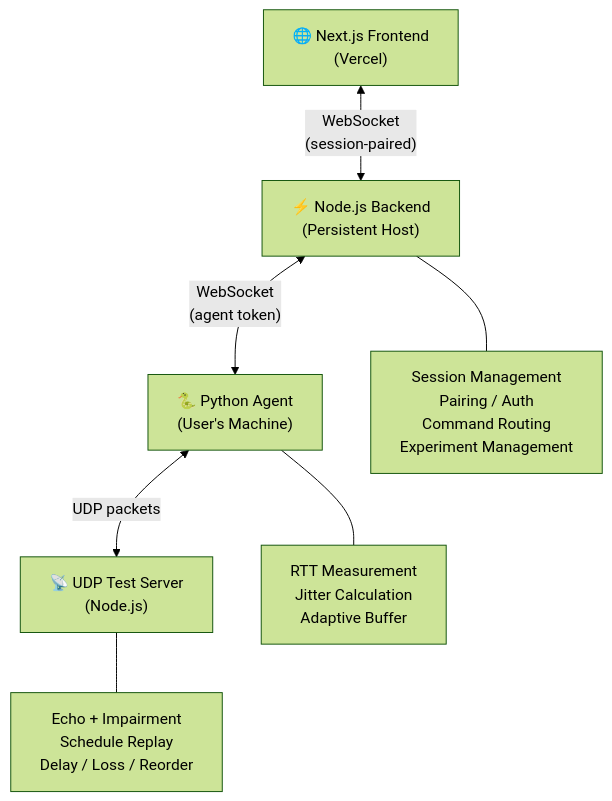
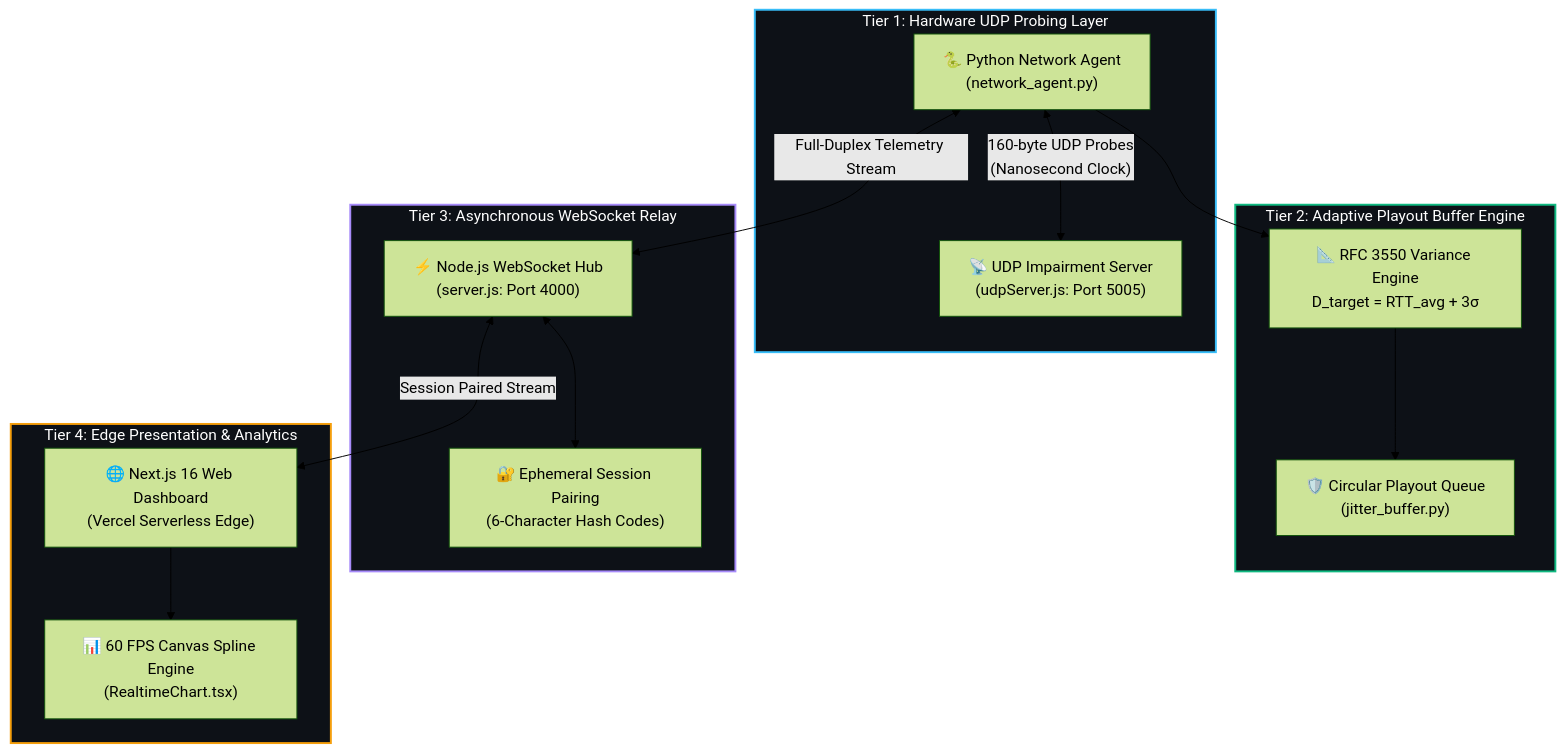
Before and after one commit to saileshl/CN-MINI-PROJ: the diagram in README.md, drawn with Mermaid (forest theme). The commit also changed other lines of this file, not shown here.

Commit message:
docs: update README with futuristic telemetry HUD, dynamic badges, and architecture showcase

````diff
--- a/README.md
+++ b/README.md
@@ -28,10 +98,30 @@
 ```mermaid
 graph TD
-    A["🌐 Next.js Frontend<br/>(Vercel)"] <-->|"WebSocket<br/>(session-paired)"| B["⚡ Node.js Backend<br/>(Persistent Host)"]
-    B <-->|"WebSocket<br/>(agent token)"| C["🐍 Python Agent<br/>(User's Machine)"]
-    C <-->|"UDP packets"| D["📡 UDP Test Server<br/>(Node.js)"]
+    subgraph TIER_1[" Tier 1: Hardware UDP Probing Layer "]
+        PA["🐍 Python Network Agent<br/>(network_agent.py)"] <-->|"160-byte UDP Probes<br/>(Nanosecond Clock)"| US["📡 UDP Impairment Server<br/>(udpServer.js: Port 5005)"]
+    end
 
-    B --- E["Session Management<br/>Pairing / Auth<br/>Command Routing<br/>Experiment Management"]
-    C --- F["RTT Measurement<br/>Jitter Calculation<br/>Adaptive Buffer"]
-    D --- G["Echo + Impairment<br/>Schedule Replay<br/>Delay / Loss / Reorder"]
+    subgraph TIER_2[" Tier 2: Adaptive Playout Buffer Engine "]
+        JB["🛡️ Circular Playout Queue<br/>(jitter_buffer.py)"]
+        EMA["📐 RFC 3550 Variance Engine<br/>D_target = RTT_avg + 3σ"]
+        PA --> EMA --> JB
+    end
+
+    subgraph TIER_3[" Tier 3: Asynchronous WebSocket Relay "]
+        WS["⚡ Node.js WebSocket Hub<br/>(server.js: Port 4000)"]
+        SM["🔐 Ephemeral Session Pairing<br/>(6-Character Hash Codes)"]
+        PA <-->|"Full-Duplex Telemetry Stream"| WS
+        WS <--> SM
+    end
+
+    subgraph TIER_4[" Tier 4: Edge Presentation & Analytics "]
+        WEB["🌐 Next.js 16 Web Dashboard<br/>(Vercel Serverless Edge)"]
+        CANVAS["📊 60 FPS Canvas Spline Engine<br/>(RealtimeChart.tsx)"]
+        WS <-->|"Session Paired Stream"| WEB --> CANVAS
+    end
+
+    style TIER_1 fill:#0D1117,stroke:#38BDF8,stroke-width:2px,color:#fff
+    style TIER_2 fill:#0D1117,stroke:#10B981,stroke-width:2px,color:#fff
+    style TIER_3 fill:#0D1117,stroke:#A78BFA,stroke-width:2px,color:#fff
+    style TIER_4 fill:#0D1117,stroke:#F59E0B,stroke-width:2px,color:#fff
 ```
````
